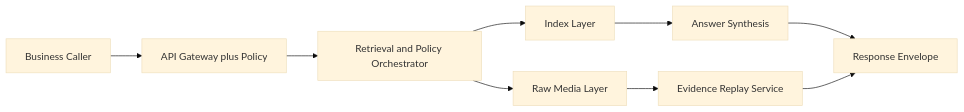
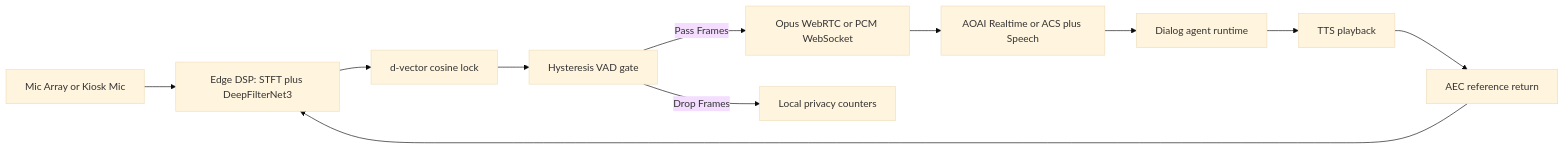
The first of 2 diagrams in docs/azure-agent-infra/noisy-far-field-voice-agent-edge-deepfilternet-voicefilter-vs-acs-webrtc-speech-vs-aoai-realtime-selection-faq.en.md (turbo998/ai-infra-lab), drawn with Mermaid (base theme) before and after one commit. The commit also changed other lines of this file and 1 other file, not shown here.

Commit message:
fix(azure-agent-infra): rewrite #455 with genuine far-field voice acoustic SA prose

````diff
--- a/docs/azure-agent-infra/noisy-far-field-voice-agent-edge-deepfilternet-voicefilter-vs-acs-webrtc-speech-vs-aoai-realtime-selection-faq.en.md
+++ b/docs/azure-agent-infra/noisy-far-field-voice-agent-edge-deepfilternet-voicefilter-vs-acs-webrtc-speech-vs-aoai-realtime-selection-faq.en.md
@@ -60,11 +58,13 @@
 ```mermaid
 flowchart LR
-  User[Business Caller] --> Gateway[API Gateway plus Policy]
-  Gateway --> Planner[Retrieval and Policy Orchestrator]
-  Planner --> Index[Index Layer]
-  Planner --> Blob[Raw Media Layer]
-  Index --> Answer[Answer Synthesis]
-  Blob --> Evidence[Evidence Replay Service]
-  Answer --> Output[Response Envelope]
-  Evidence --> Output
+  Mic[Mic Array or Kiosk Mic] --> EdgeDSP[Edge DSP: STFT plus DeepFilterNet3]
+  EdgeDSP --> SpeakerLock[d-vector cosine lock]
+  SpeakerLock --> Gate[Hysteresis VAD gate]
+  Gate -->|Pass Frames| Uplink[Opus WebRTC or PCM WebSocket]
+  Gate -->|Drop Frames| LocalAudit[Local privacy counters]
+  Uplink --> CloudRT[AOAI Realtime or ACS plus Speech]
+  CloudRT --> Agent[Dialog agent runtime]
+  Agent --> TTS[TTS playback]
+  TTS --> EchoRef[AEC reference return]
+  EchoRef --> EdgeDSP
 ```
````
